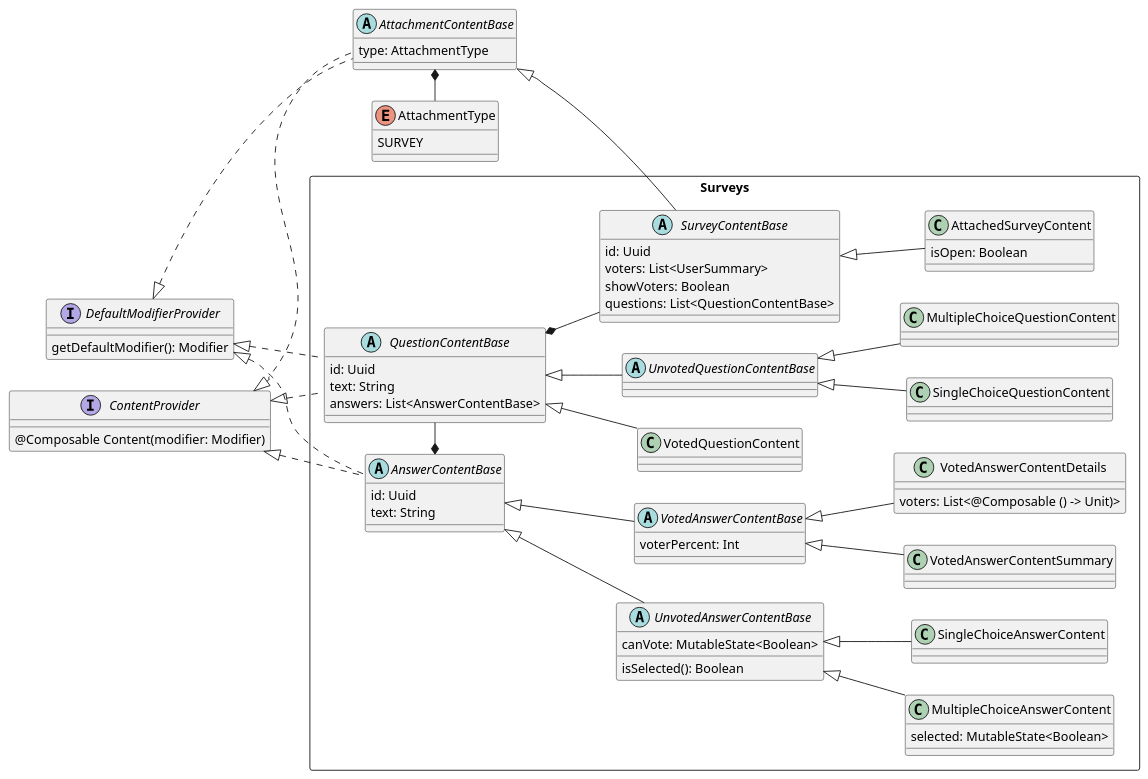
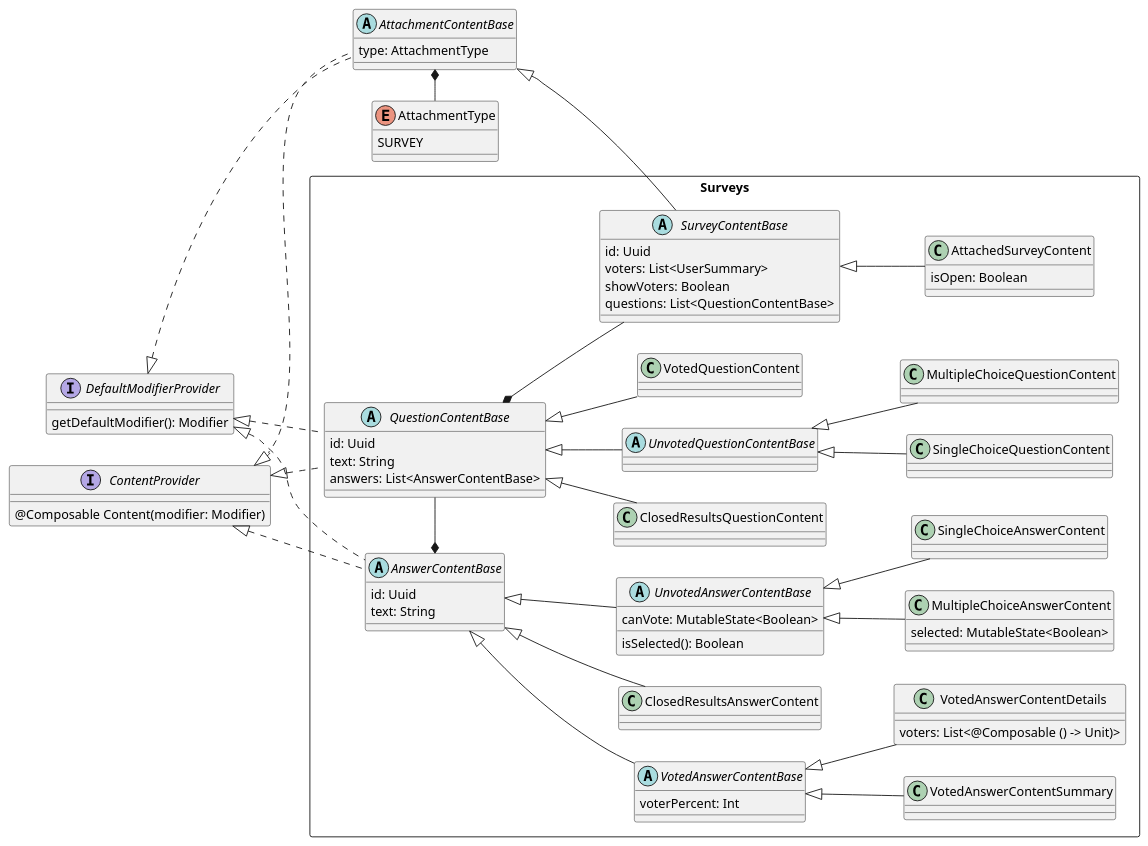
One commit to astu-app/ASTU-APP changed the diagram in features/bulletinBoardFeature/src/commonMain/kotlin/org/astu/feature/bulletinBoard/views/components/attachments/attachments.puml. Above: the diagram before and after it, drawn with PlantUML. The commit also changed 57 other files, not shown here.

```diff
--- a/features/bulletinBoardFeature/src/commonMain/kotlin/org/astu/feature/bulletinBoard/views/components/attachments/attachments.puml
+++ b/features/bulletinBoardFeature/src/commonMain/kotlin/org/astu/feature/bulletinBoard/views/components/attachments/attachments.puml
@@ -1,89 +1,94 @@
 @startuml
 'https://plantuml.com/class-diagram
 
 left to right direction
 
 interface DefaultModifierProvider {
     getDefaultModifier(): Modifier
 }
 interface ContentProvider {
     @Composable Content(modifier: Modifier)
 }
 
 enum AttachmentType {
     SURVEY
 }
 
 abstract class AttachmentContentBase {
     type: AttachmentType
 }
 ContentProvider <|.. AttachmentContentBase
 DefaultModifierProvider <|.. AttachmentContentBase
 AttachmentContentBase *-right- AttachmentType
 
 
 '''''''''''''''''''''''''''''''' ОПРОСЫ
 rectangle Surveys {
     ''''''''''''' Варианты ответов
     abstract class AnswerContentBase{
             id: Uuid
         text: String
     }
     ContentProvider <|.. AnswerContentBase
     DefaultModifierProvider <|.. AnswerContentBase
     abstract class UnvotedAnswerContentBase extends AnswerContentBase {
         canVote: MutableState<Boolean>
         isSelected(): Boolean
     }
     class MultipleChoiceAnswerContent extends UnvotedAnswerContentBase {
         selected: MutableState<Boolean>
     }
     class SingleChoiceAnswerContent extends UnvotedAnswerContentBase {
     }
 
     abstract class VotedAnswerContentBase extends AnswerContentBase {
         voterPercent: Int
     }
     class VotedAnswerContentSummary extends VotedAnswerContentBase {
 
     }
     class VotedAnswerContentDetails extends VotedAnswerContentBase {
         voters: List<@Composable () -> Unit)>
     }
 
+    class ClosedResultsAnswerContent extends AnswerContentBase {
+    }
+
     ''''''''''''' Вопросы
     abstract class QuestionContentBase {
         id: Uuid
         text: String
         answers: List<AnswerContentBase>
     }
     ContentProvider <|.. QuestionContentBase
     DefaultModifierProvider <|.. QuestionContentBase
     AnswerContentBase *-right- QuestionContentBase
 
     abstract class UnvotedQuestionContentBase extends QuestionContentBase {
     }
     class MultipleChoiceQuestionContent extends UnvotedQuestionContentBase {
     }
     class SingleChoiceQuestionContent extends UnvotedQuestionContentBase {
     }
     class VotedQuestionContent extends QuestionContentBase {
+    }
+    class ClosedResultsQuestionContent extends QuestionContentBase {
     }
 
 
     ''''''''''''' Опросы
     abstract class SurveyContentBase {
         id: Uuid
         voters: List<UserSummary>
         showVoters: Boolean
         questions: List<QuestionContentBase>
     }
     AttachmentContentBase <|-- SurveyContentBase
     QuestionContentBase *-- SurveyContentBase
 
     class AttachedSurveyContent extends SurveyContentBase {
         isOpen: Boolean
     }
 }
 
 @enduml
```
